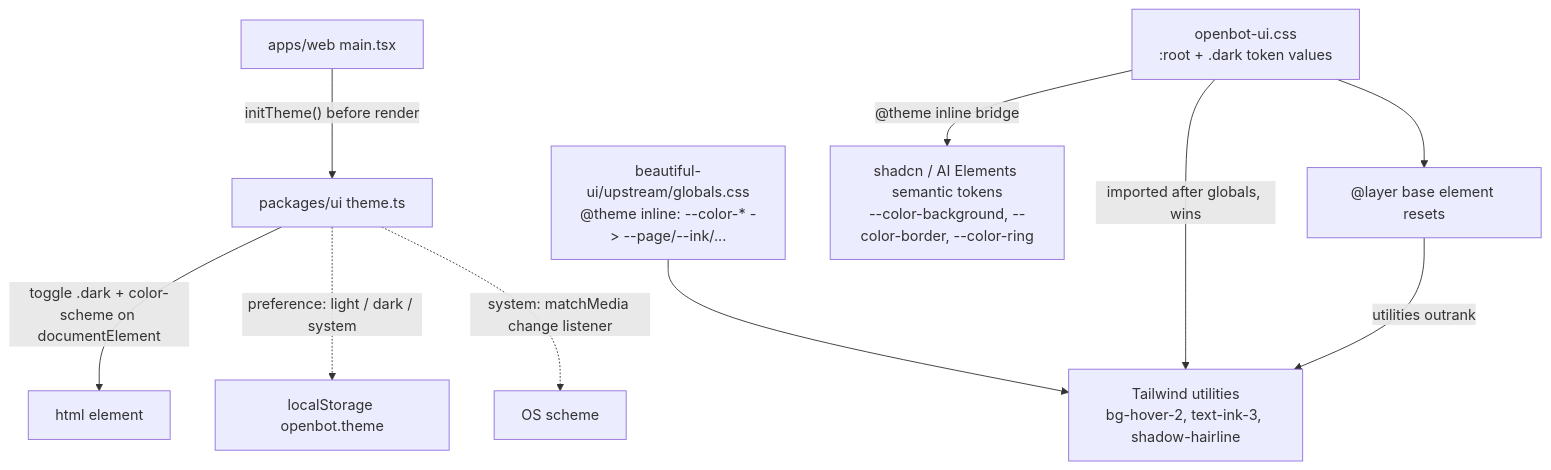
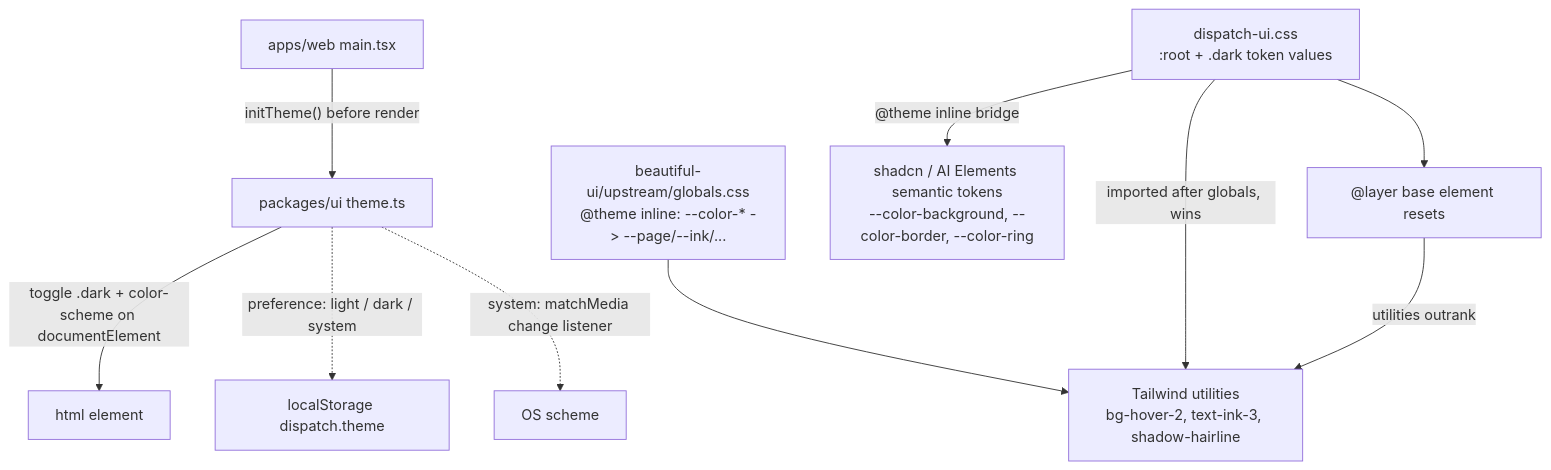
The diagram in docs/updates/51.md (trytilde/dispatch), drawn with Mermaid before and after one commit. The commit also changed other lines of this file and 668 other files, not shown here.

````diff
--- a/docs/updates/51.md
+++ b/docs/updates/51.md
@@ -11,12 +11,12 @@
 ```mermaid
 flowchart TB
   E["apps/web main.tsx"] -->|"initTheme() before render"| T["packages/ui theme.ts"]
   T -->|"toggle .dark + color-scheme on documentElement"| H["html element"]
-  T -.->|"preference: light / dark / system"| L["localStorage openbot.theme"]
+  T -.->|"preference: light / dark / system"| L["localStorage dispatch.theme"]
   T -.->|"system: matchMedia change listener"| O["OS scheme"]
   G["beautiful-ui/upstream/globals.css\n@theme inline: --color-* -> --page/--ink/..."] --> U["Tailwind utilities\nbg-hover-2, text-ink-3, shadow-hairline"]
-  C["openbot-ui.css\n:root + .dark token values"] -->|"imported after globals, wins"| U
+  C["dispatch-ui.css\n:root + .dark token values"] -->|"imported after globals, wins"| U
   C -->|"@theme inline bridge"| S["shadcn / AI Elements semantic tokens\n--color-background, --color-border, --color-ring"]
   C --> B["@layer base element resets"]
   B -->|"utilities outrank"| U
 ```
````
